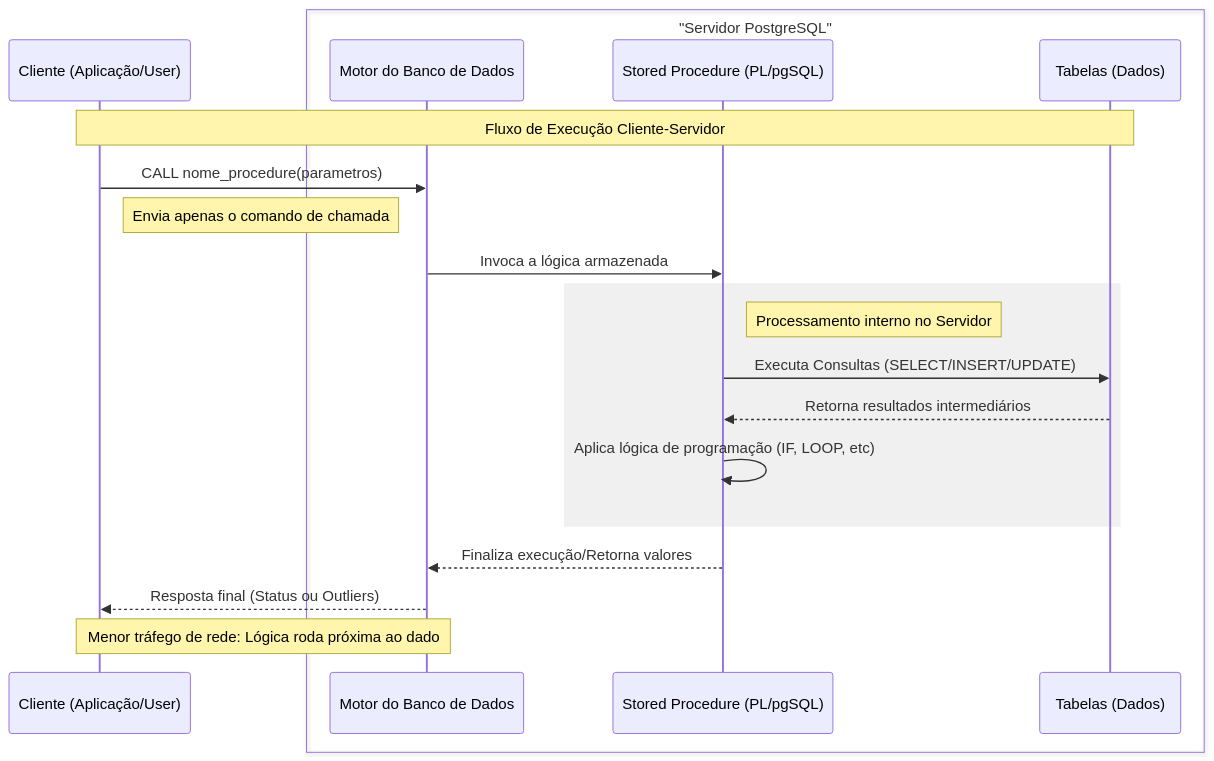
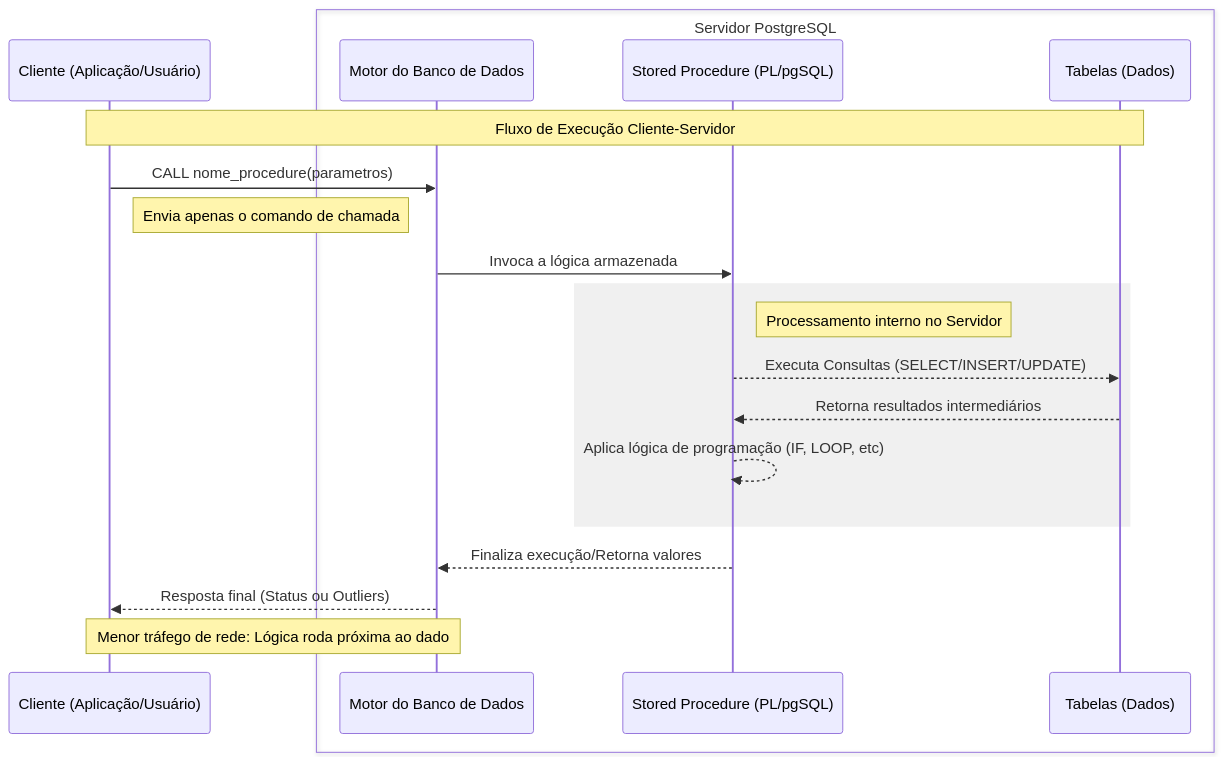
One commit to myerco/CafeGeek changed the diagram in docs/content/_aulas/banco-de-dados/estruturas/programacao-de-banco-de-dados.md. Above: the diagram before and after it, drawn with Mermaid. The commit also changed other lines of this file and 12 other files, not shown here.

```diff
--- a/docs/content/_aulas/banco-de-dados/estruturas/programacao-de-banco-de-dados.md
+++ b/docs/content/_aulas/banco-de-dados/estruturas/programacao-de-banco-de-dados.md
@@ -20,28 +20,28 @@
 <div class="mermaid">
 sequenceDiagram
-    participant C as Cliente (Aplicação/User)
-    box "Servidor PostgreSQL" #f9f9f9
+    participant C as Cliente (Aplicação/Usuário)
+    box Servidor PostgreSQL #f9f9f9
     participant S as Motor do Banco de Dados
     participant P as Stored Procedure (PL/pgSQL)
     participant D as Tabelas (Dados)
     end
 
     Note over C, D: Fluxo de Execução Cliente-Servidor
 
     C->>S: CALL nome_procedure(parametros)
     Note right of C: Envia apenas o comando de chamada
 
     S->>P: Invoca a lógica armazenada
     
     rect rgb(240, 240, 240)
         Note right of P: Processamento interno no Servidor
-        P->>D: Executa Consultas (SELECT/INSERT/UPDATE)
+        P-->>D: Executa Consultas (SELECT/INSERT/UPDATE)
         D-->>P: Retorna resultados intermediários
-        P->>P: Aplica lógica de programação (IF, LOOP, etc)
+        P-->>P: Aplica lógica de programação (IF, LOOP, etc)
     end
 
     P-->>S: Finaliza execução/Retorna valores
     S-->>C: Resposta final (Status ou Outliers)
     
     Note over C, S: Menor tráfego de rede: Lógica roda próxima ao dado
 </div>
```
